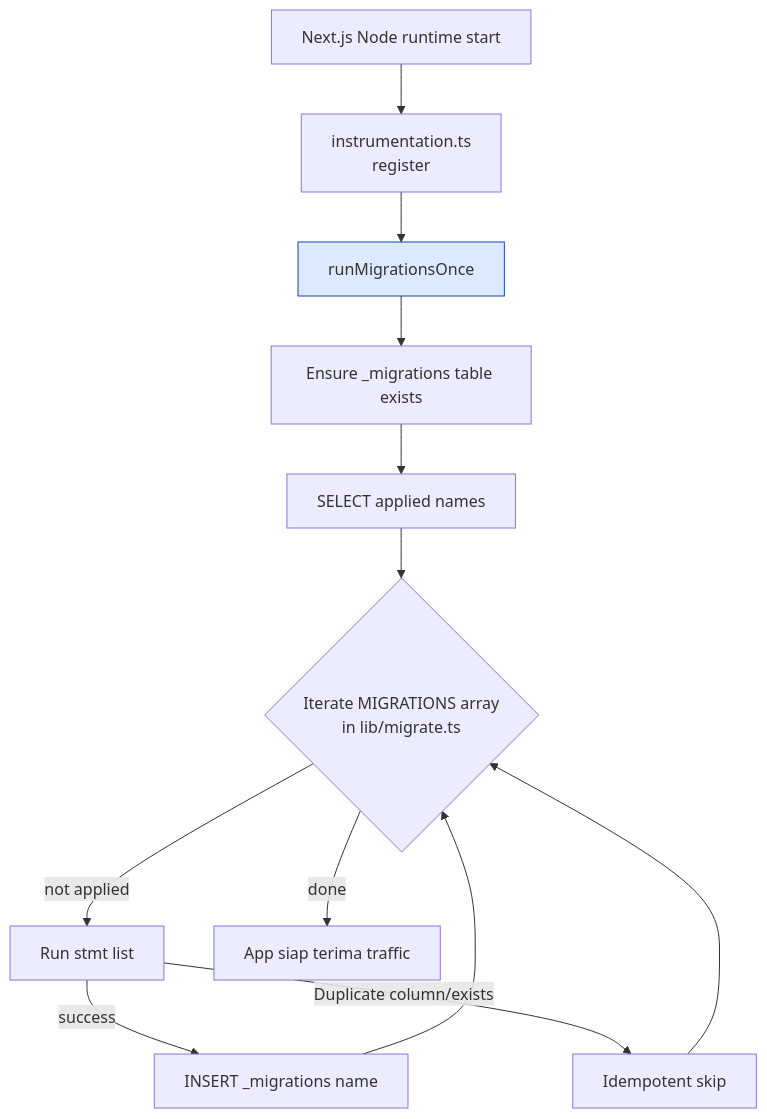
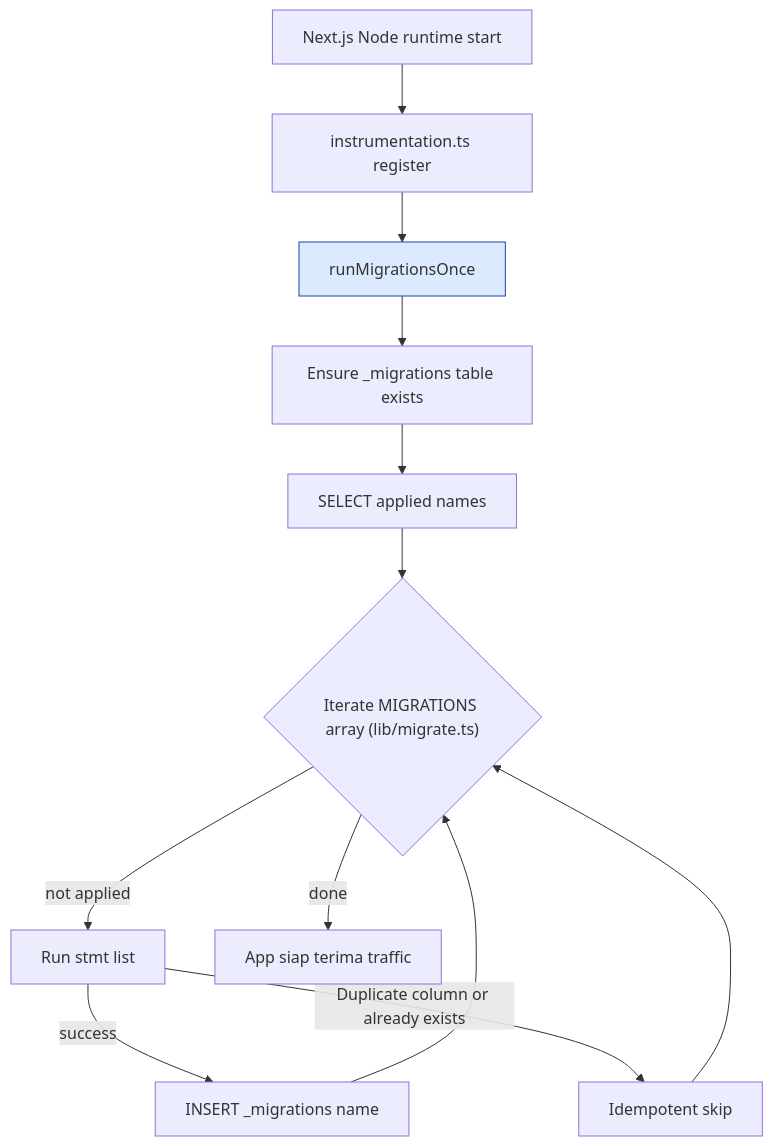
One commit to EzraNahumury/web_crm changed the eighth of 8 diagrams in README.md. Above: the diagram before and after it, drawn with Mermaid. The commit also changed other lines of this file, not shown here.

First line of the commit message:
docs: quote mermaid node labels so GitHub renders all 8 diagrams

````diff
--- a/README.md
+++ b/README.md
@@ -389,16 +389,16 @@
 ```mermaid
 flowchart TB
-    Boot[Next.js Node runtime start] --> Inst[instrumentation.ts<br/>register]
+    Boot["Next.js Node runtime start"] --> Inst["instrumentation.ts register"]
     Inst --> Runner[runMigrationsOnce]
-    Runner --> Track[Ensure _migrations table exists]
-    Track --> Fetch[SELECT applied names]
-    Fetch --> Iter{Iterate MIGRATIONS array<br/>in lib/migrate.ts}
-    Iter -->|not applied| Execute[Run stmt list]
-    Execute -->|success| Record[INSERT _migrations name]
-    Execute -->|Duplicate column/exists| Skip[Idempotent skip]
+    Runner --> Track["Ensure _migrations table exists"]
+    Track --> Fetch["SELECT applied names"]
+    Fetch --> Iter{"Iterate MIGRATIONS array (lib/migrate.ts)"}
+    Iter -->|"not applied"| Execute["Run stmt list"]
+    Execute -->|success| Record["INSERT _migrations name"]
+    Execute -->|"Duplicate column or already exists"| Skip["Idempotent skip"]
     Record --> Iter
     Skip --> Iter
-    Iter -->|done| Ready[App siap terima traffic]
+    Iter -->|done| Ready["App siap terima traffic"]
 
     style Runner fill:#dbeafe,stroke:#1e40af
 ```
````
